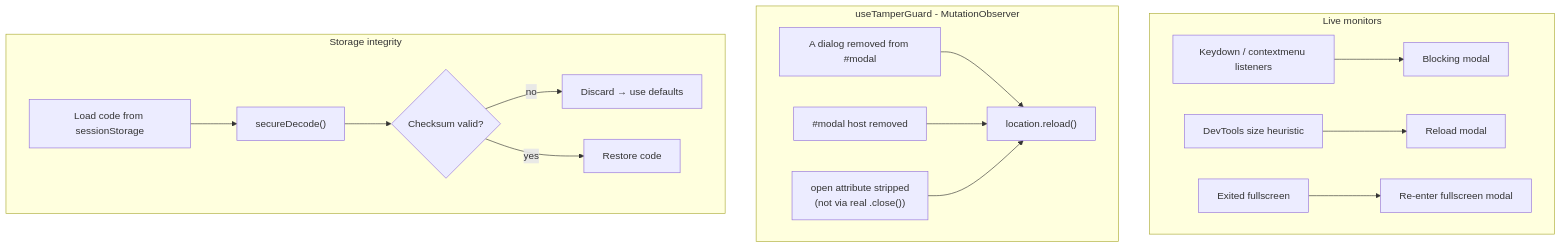
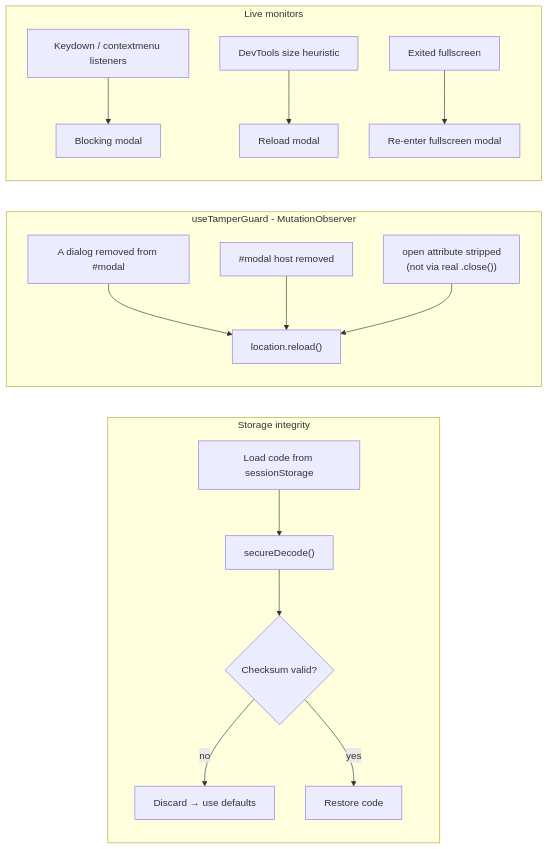
The fourth of 4 diagrams in README.md (HutanshSharma/Live-Editor), drawn with Mermaid before and after one commit. The commit also changed other lines of this file, not shown here.

````diff
--- a/README.md
+++ b/README.md
@@ -105,21 +107,26 @@
 ```mermaid
 flowchart TD
     subgraph Live monitors
+      direction TB  
       T1["Keydown / contextmenu listeners"] --> M1["Blocking modal"]
       T2["DevTools size heuristic"] --> M2["Reload modal"]
       T3["Exited fullscreen"] --> M3["Re-enter fullscreen modal"]
     end
 
     subgraph useTamperGuard - MutationObserver
+      direction TB  
       G1["A dialog removed from #modal"] --> R["location.reload()"]
       G2["#modal host removed"] --> R
       G3["open attribute stripped<br/>(not via real .close())"] --> R
     end
 
     subgraph Storage integrity
+      direction TB  
       S1["Load code from sessionStorage"] --> S2["secureDecode()"]
       S2 --> S3{"Checksum valid?"}
       S3 -- no --> S4["Discard → use defaults"]
       S3 -- yes --> S5["Restore code"]
     end
+    M3 ~~~ G1
+    R ~~~ S1
 ```
````
